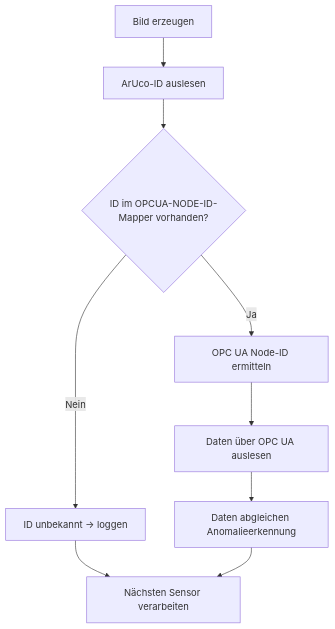
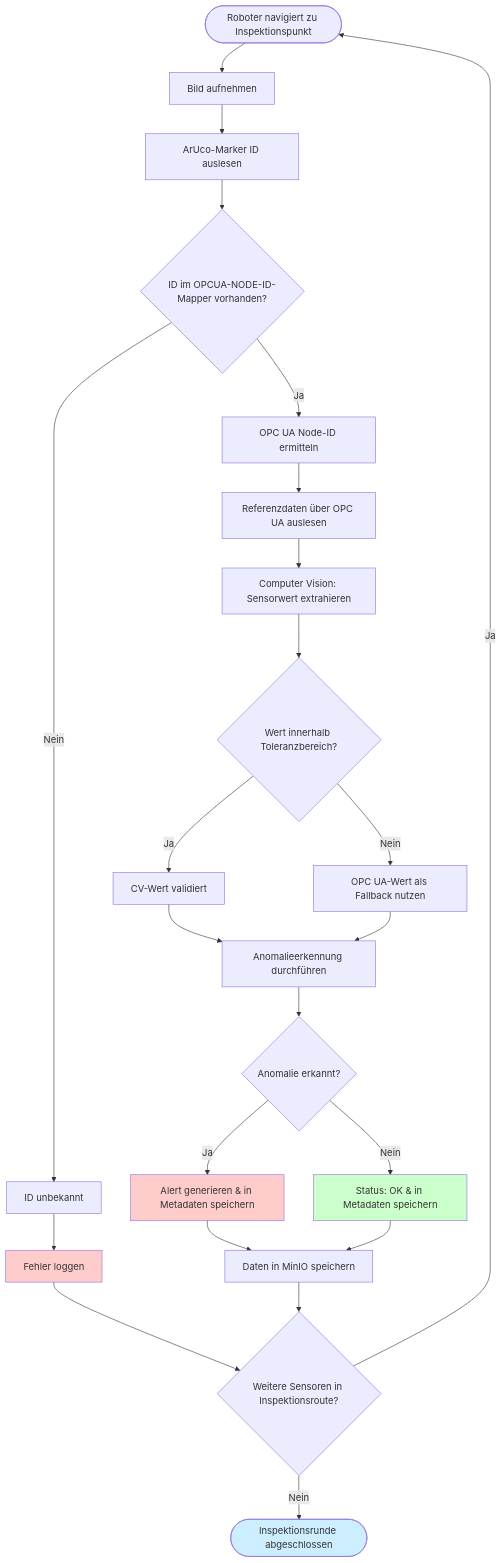
One commit to PS9-Boston-Dynamics-Spot/PS9-Boston-Dynamic-Mobile-CV-Testing-Systems changed the diagram in docs/tech/architecture/opcua_mapper.md. Above: the diagram before and after it, drawn with Mermaid. The commit also changed other lines of this file and 10 other files, not shown here.

Commit message:
add architecture images + tech images

````diff
--- a/docs/tech/architecture/opcua_mapper.md
+++ b/docs/tech/architecture/opcua_mapper.md
@@ -7,19 +21,37 @@
 ```mermaid
-
 flowchart TD
-
-    A[Bild erzeugen] --> B[ArUco-ID auslesen]
-
+    Start([Roboter navigiert zu Inspektionspunkt]) --> A[Bild aufnehmen]
+    A --> B[ArUco-Marker ID auslesen]
     B --> C{ID im OPCUA-NODE-ID-Mapper vorhanden?}
-
-    C -->|Nein| N[ID unbekannt → loggen]
-    N --> O[Nächsten Sensor verarbeiten]
-
+    
+    C -->|Nein| N[ID unbekannt]
+    N --> N1[Fehler loggen]
+    N1 --> O
+    
     C -->|Ja| D[OPC UA Node-ID ermitteln]
-
-    D --> E[Daten über OPC UA auslesen]
-
-    E --> F[Daten abgleichen Anomalieerkennung]
-
-    F --> O[Nächsten Sensor verarbeiten]
+    D --> E[Referenzdaten über OPC UA auslesen]
+    E --> F[Computer Vision: Sensorwert extrahieren]
+    F --> G{Wert innerhalb Toleranzbereich?}
+    
+    G -->|Ja| H[CV-Wert validiert]
+    H --> I[Anomalieerkennung durchführen]
+    
+    G -->|Nein| J[OPC UA-Wert als Fallback nutzen]
+    J --> I
+    
+    I --> L{Anomalie erkannt?}
+    L -->|Ja| M[Alert generieren & in Metadaten speichern]
+    L -->|Nein| P[Status: OK & in Metadaten speichern]
+    
+    M --> Q[Daten in MinIO speichern]
+    P --> Q
+    Q --> O{Weitere Sensoren in Inspektionsroute?}
+    
+    O -->|Ja| Start
+    O -->|Nein| End([Inspektionsrunde abgeschlossen])
+    
+    style N1 fill:#ffcccc
+    style M fill:#ffcccc
+    style P fill:#ccffcc
+    style End fill:#cceeff
 ```
````
